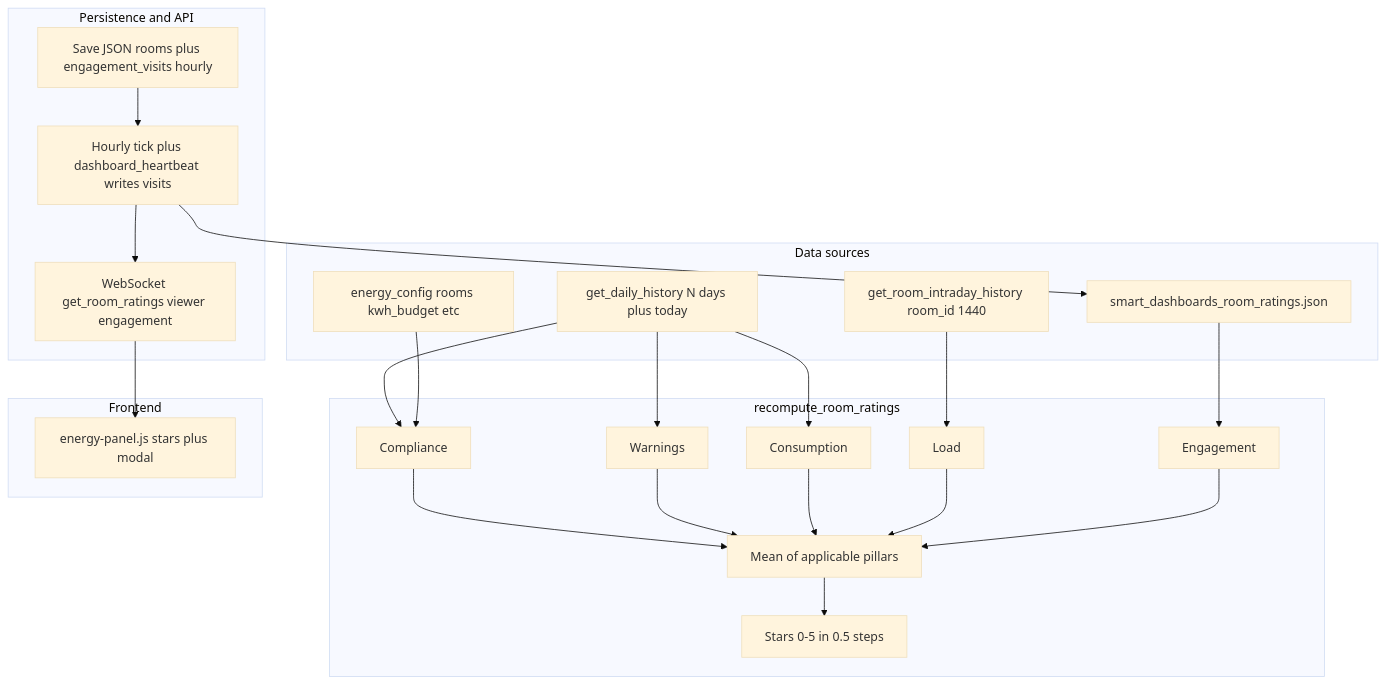
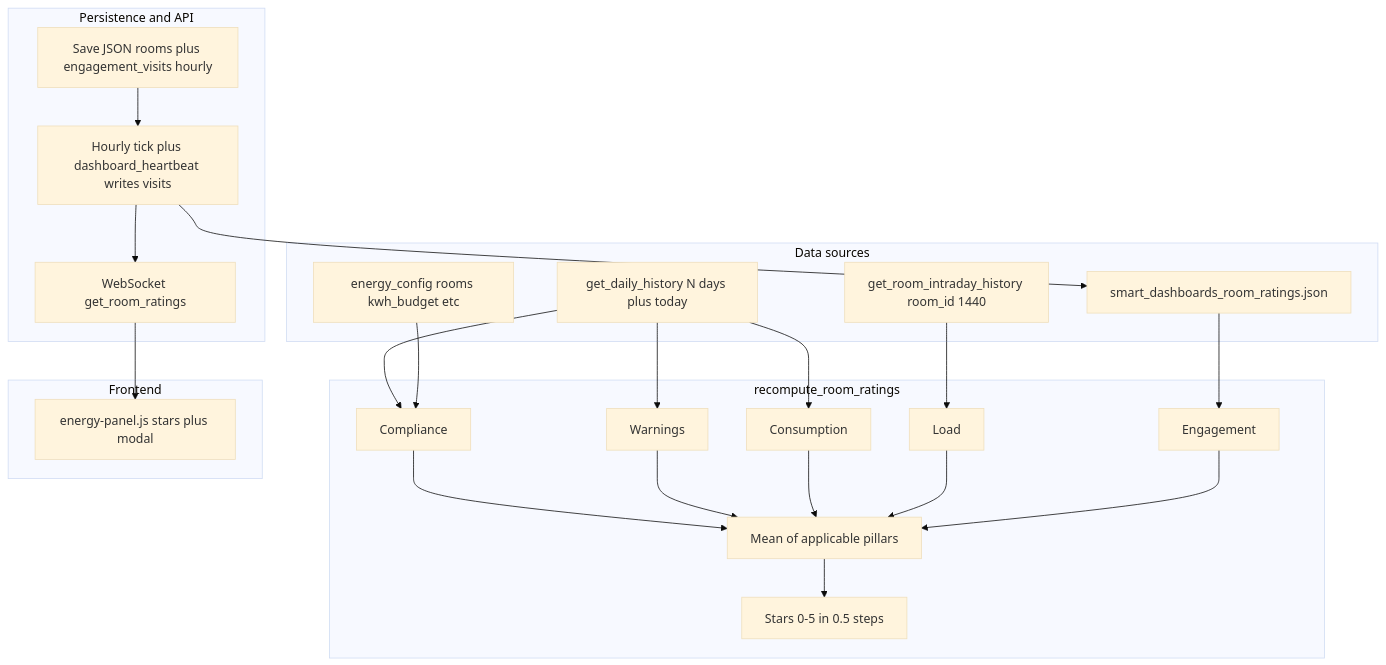
One commit to zodyking/Home-Energy changed the first of 2 diagrams in Agent-Files/room-efficiency-rating-reference.md. Above: the diagram before and after it, drawn with Mermaid (base theme). The commit also changed other lines of this file and 4 other files, not shown here.

First line of the commit message:
feat: assignee-based engagement per room linked person

````diff
--- a/Agent-Files/room-efficiency-rating-reference.md
+++ b/Agent-Files/room-efficiency-rating-reference.md
@@ -13,42 +13,42 @@
 ```mermaid
 flowchart TB
   subgraph sources [Data sources]
     DH[get_daily_history N days plus today]
     IH[get_room_intraday_history room_id 1440]
     JSON[smart_dashboards_room_ratings.json]
     CFG[energy_config rooms kwh_budget etc]
   end
   subgraph compute [recompute_room_ratings]
     P1[Compliance]
     P2[Warnings]
     P3[Consumption]
     P4[Load]
     P5[Engagement]
     AVG[Mean of applicable pillars]
     STARS[Stars 0-5 in 0.5 steps]
   end
   subgraph persist [Persistence and API]
     SAVE[Save JSON rooms plus engagement_visits hourly]
-    WS[WebSocket get_room_ratings viewer engagement]
+    WS[WebSocket get_room_ratings]
     HR[Hourly tick plus dashboard_heartbeat writes visits]
   end
   subgraph ui [Frontend]
     PANEL[energy-panel.js stars plus modal]
   end
   DH --> P1
   DH --> P2
   DH --> P3
   CFG --> P1
   IH --> P4
   JSON --> P5
   HR --> JSON
   P1 --> AVG
   P2 --> AVG
   P3 --> AVG
   P4 --> AVG
   P5 --> AVG
   AVG --> STARS
   SAVE --> HR
   HR --> WS
   WS --> PANEL
 ```
````
